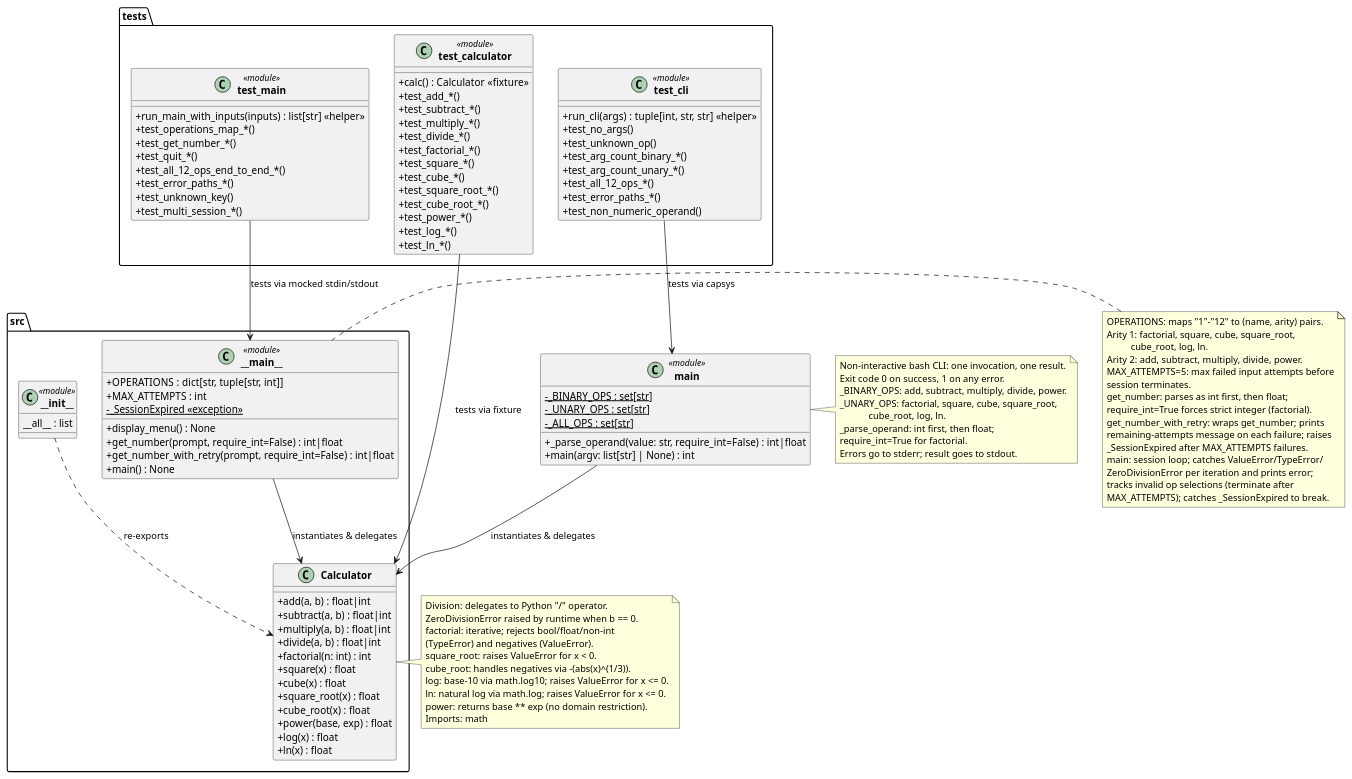
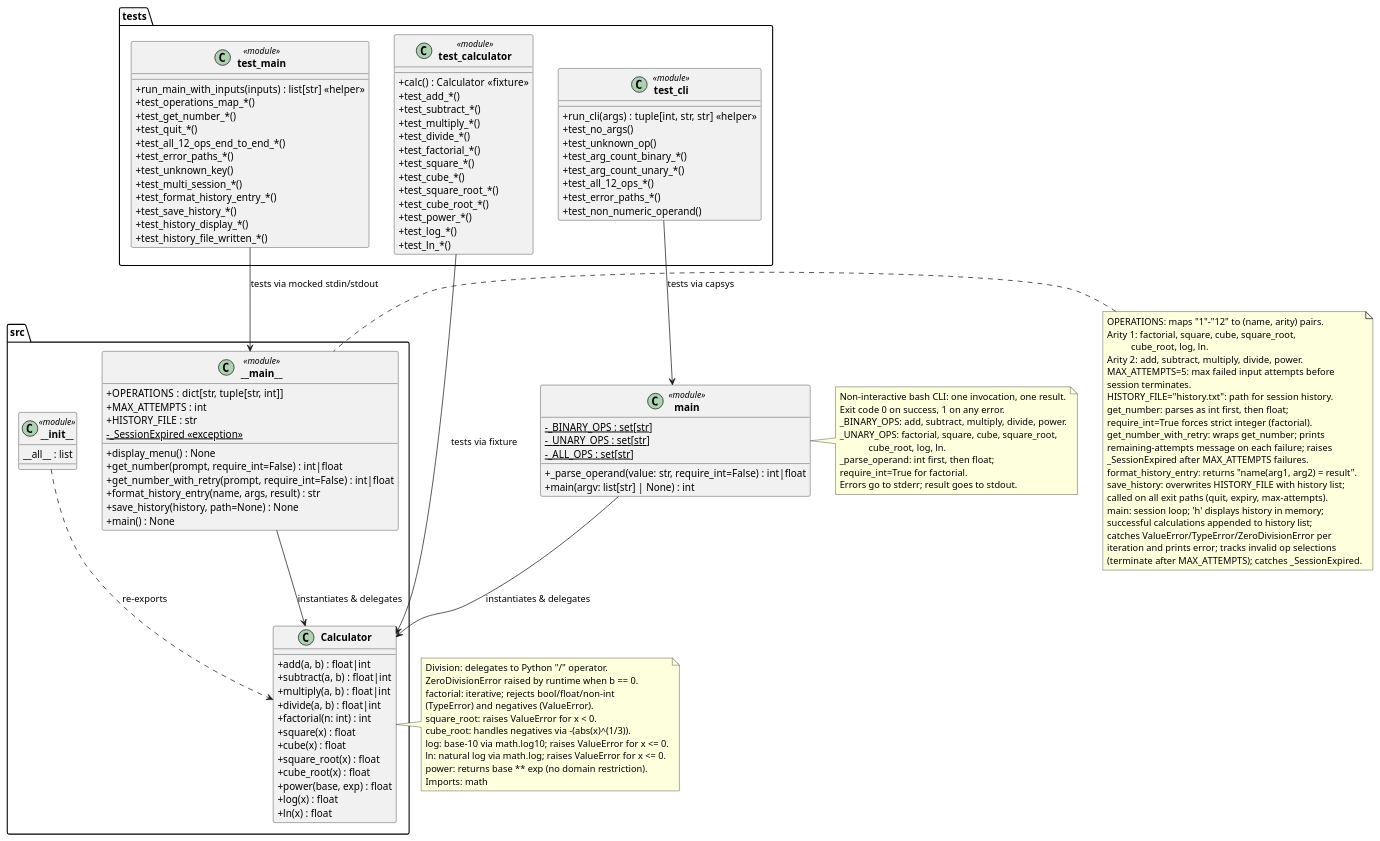
The diagram in artifacts/class_diagram.puml (DanielRiha8906/Calculator_bachelor_autoevolution), drawn with PlantUML before and after one commit. The commit also changed 3 other files, not shown here.

First line of the commit message:
chore: update PlantUML diagrams

```diff
--- a/artifacts/class_diagram.puml
+++ b/artifacts/class_diagram.puml
@@ -1,137 +1,149 @@
 @startuml class_diagram
 
 skinparam classAttributeIconSize 0
 skinparam classFontStyle Bold
 
 package "src" {
     class Calculator {
         +add(a, b) : float|int
         +subtract(a, b) : float|int
         +multiply(a, b) : float|int
         +divide(a, b) : float|int
         +factorial(n: int) : int
         +square(x) : float
         +cube(x) : float
         +square_root(x) : float
         +cube_root(x) : float
         +power(base, exp) : float
         +log(x) : float
         +ln(x) : float
     }
 
     class "__main__" as Main <<module>> {
         +OPERATIONS : dict[str, tuple[str, int]]
         +MAX_ATTEMPTS : int
+        +HISTORY_FILE : str
         +display_menu() : None
         +get_number(prompt, require_int=False) : int|float
         +get_number_with_retry(prompt, require_int=False) : int|float
+        +format_history_entry(name, args, result) : str
+        +save_history(history, path=None) : None
         +main() : None
         -{static} _SessionExpired <<exception>>
     }
 
     class "__init__" as Init <<module>> {
         __all__ : list
     }
 }
 
 class "main" as CLI <<module>> {
     -{static} _BINARY_OPS : set[str]
     -{static} _UNARY_OPS : set[str]
     -{static} _ALL_OPS : set[str]
     +_parse_operand(value: str, require_int=False) : int|float
     +main(argv: list[str] | None) : int
 }
 
 package "tests" {
     class "test_calculator" as TestCalc <<module>> {
         +calc() : Calculator  <<fixture>>
         ' 76 tests covering all 12 operations
         +test_add_*()
         +test_subtract_*()
         +test_multiply_*()
         +test_divide_*()
         +test_factorial_*()
         +test_square_*()
         +test_cube_*()
         +test_square_root_*()
         +test_cube_root_*()
         +test_power_*()
         +test_log_*()
         +test_ln_*()
     }
 
     class "test_main" as TestMain <<module>> {
         +run_main_with_inputs(inputs) : list[str]  <<helper>>
-        ' 37 tests covering interactive CLI
+        ' 52 tests covering interactive CLI
         +test_operations_map_*()
         +test_get_number_*()
         +test_quit_*()
         +test_all_12_ops_end_to_end_*()
         +test_error_paths_*()
         +test_unknown_key()
         +test_multi_session_*()
+        +test_format_history_entry_*()
+        +test_save_history_*()
+        +test_history_display_*()
+        +test_history_file_written_*()
     }
 
     class "test_cli" as TestCLI <<module>> {
         +run_cli(args) : tuple[int, str, str]  <<helper>>
         ' 28 tests covering bash CLI
         +test_no_args()
         +test_unknown_op()
         +test_arg_count_binary_*()
         +test_arg_count_unary_*()
         +test_all_12_ops_*()
         +test_error_paths_*()
         +test_non_numeric_operand()
     }
 }
 
 Main --> Calculator : instantiates & delegates
 Init ..> Calculator : re-exports
 CLI --> Calculator : instantiates & delegates
 TestCalc --> Calculator : tests via fixture
 TestMain --> Main : tests via mocked stdin/stdout
 TestCLI --> CLI : tests via capsys
 
 note right of Calculator
   Division: delegates to Python "/" operator.
   ZeroDivisionError raised by runtime when b == 0.
   factorial: iterative; rejects bool/float/non-int
   (TypeError) and negatives (ValueError).
   square_root: raises ValueError for x < 0.
   cube_root: handles negatives via -(abs(x)^(1/3)).
   log: base-10 via math.log10; raises ValueError for x <= 0.
   ln: natural log via math.log; raises ValueError for x <= 0.
   power: returns base ** exp (no domain restriction).
   Imports: math
 end note
 
 note left of Main
   OPERATIONS: maps "1"–"12" to (name, arity) pairs.
   Arity 1: factorial, square, cube, square_root,
             cube_root, log, ln.
   Arity 2: add, subtract, multiply, divide, power.
   MAX_ATTEMPTS=5: max failed input attempts before
   session terminates.
+  HISTORY_FILE="history.txt": path for session history.
   get_number: parses as int first, then float;
   require_int=True forces strict integer (factorial).
   get_number_with_retry: wraps get_number; prints
   remaining-attempts message on each failure; raises
   _SessionExpired after MAX_ATTEMPTS failures.
-  main: session loop; catches ValueError/TypeError/
-  ZeroDivisionError per iteration and prints error;
-  tracks invalid op selections (terminate after
-  MAX_ATTEMPTS); catches _SessionExpired to break.
+  format_history_entry: returns "name(arg1, arg2) = result".
+  save_history: overwrites HISTORY_FILE with history list;
+  called on all exit paths (quit, expiry, max-attempts).
+  main: session loop; 'h' displays history in memory;
+  successful calculations appended to history list;
+  catches ValueError/TypeError/ZeroDivisionError per
+  iteration and prints error; tracks invalid op selections
+  (terminate after MAX_ATTEMPTS); catches _SessionExpired.
 end note
 
 note right of CLI
   Non-interactive bash CLI: one invocation, one result.
   Exit code 0 on success, 1 on any error.
   _BINARY_OPS: add, subtract, multiply, divide, power.
   _UNARY_OPS: factorial, square, cube, square_root,
               cube_root, log, ln.
   _parse_operand: int first, then float;
   require_int=True for factorial.
   Errors go to stderr; result goes to stdout.
 end note
 
 @enduml
```
